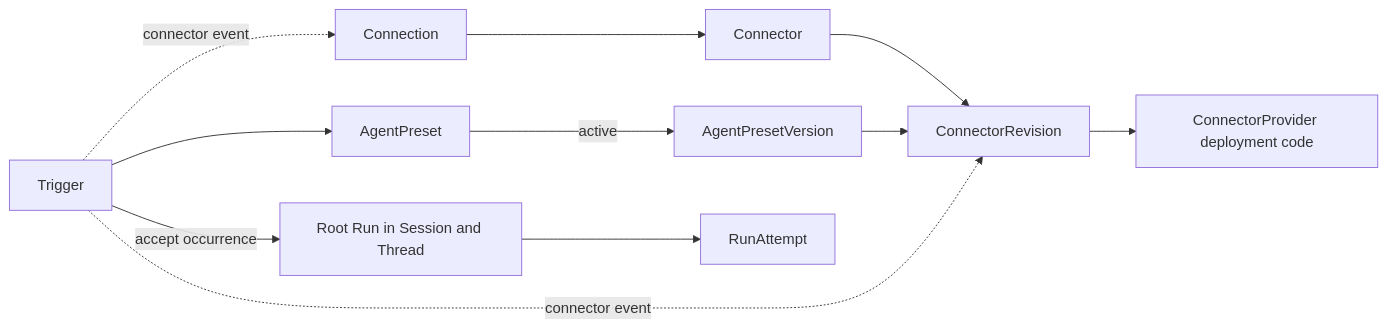
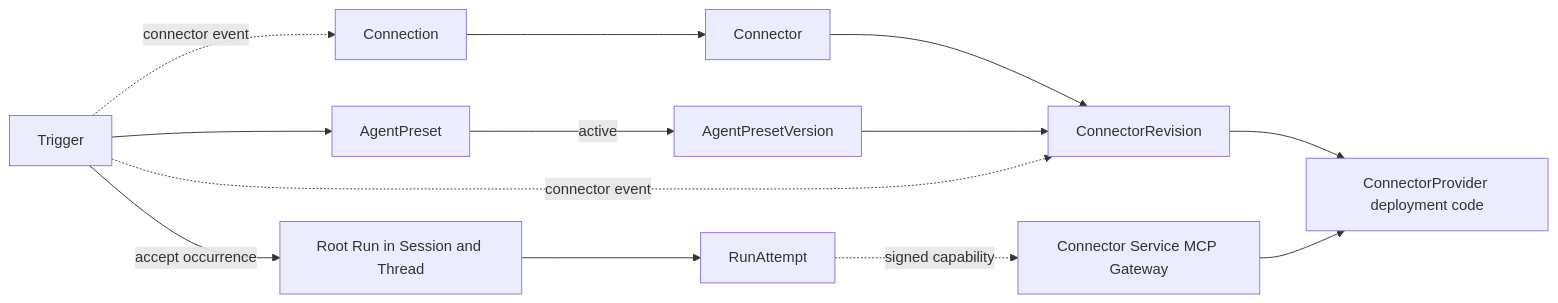
One commit to LTThreeComma/agent-foundation changed the first of 4 diagrams in spec/foundation-service/23-connectors-connections-and-triggers.md. Above: the diagram before and after it, drawn with Mermaid. The commit also changed other lines of this file and 53 other files, not shown here.

First line of the commit message:
feat(connectors): implement managed Connector MCP runtime (#53)

````diff
--- a/spec/foundation-service/23-connectors-connections-and-triggers.md
+++ b/spec/foundation-service/23-connectors-connections-and-triggers.md
@@ -30,21 +53,23 @@
 ```mermaid
 flowchart LR
     Provider[ConnectorProvider deployment code]
     Connector[Connector]
     Revision[ConnectorRevision]
     Connection[Connection]
     AgentPreset[AgentPreset]
     AgentPresetVersion[AgentPresetVersion]
     Trigger[Trigger]
     Run[Root Run in Session and Thread]
     Attempt[RunAttempt]
+    Service[Connector Service MCP Gateway]
 
     Connector --> Revision --> Provider
     Connection --> Connector
     AgentPreset -->|active| AgentPresetVersion
     AgentPresetVersion --> Revision
     Trigger --> AgentPreset
     Trigger -. connector event .-> Revision
     Trigger -. connector event .-> Connection
     Trigger -->|accept occurrence| Run --> Attempt
+    Attempt -. signed capability .-> Service --> Provider
 ```
````
